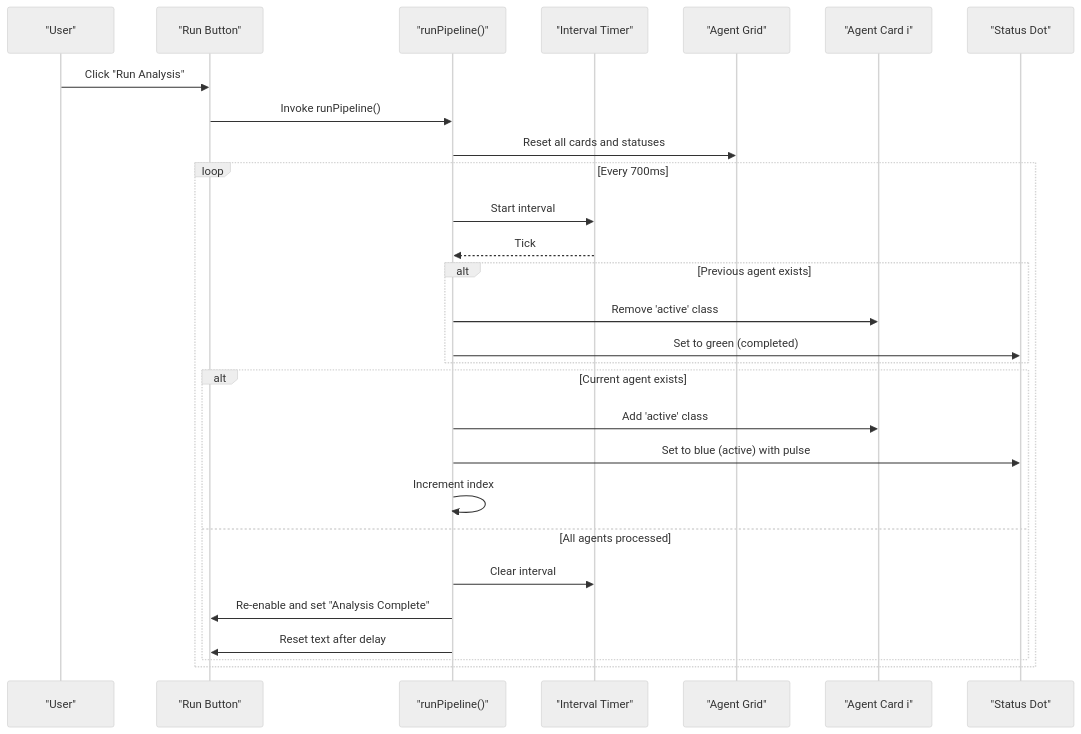
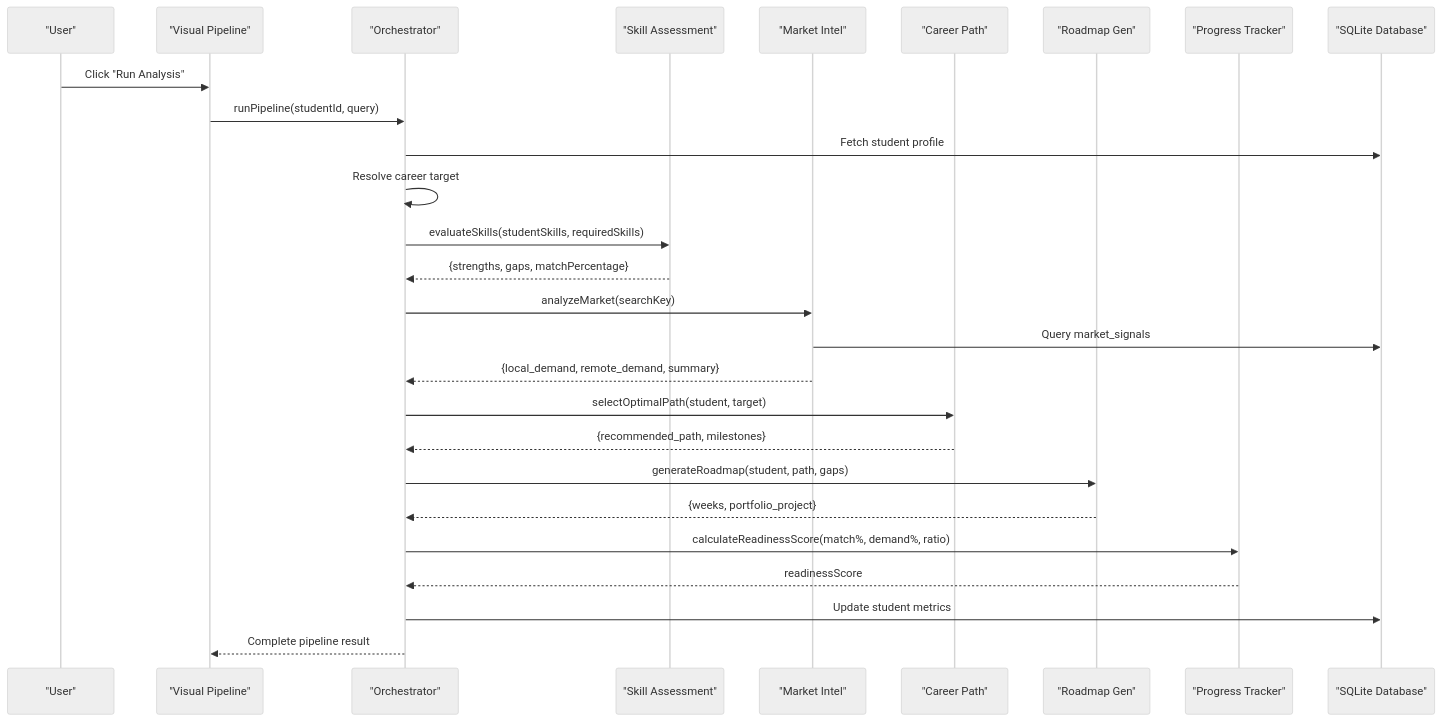
One commit to Alishba-Moin/CareerCompass changed the second of 3 diagrams in .qoder/repowiki/en/content/Core Features/Multi-Agent Pipeline Visualization.md. Above: the diagram before and after it, drawn with Mermaid (neutral theme). The commit also changed other lines of this file and 38 other files, not shown here.

Commit message:
Add Roadmap pdf download option

````diff
--- a/.qoder/repowiki/en/content/Core Features/Multi-Agent Pipeline Visualization.md
+++ b/.qoder/repowiki/en/content/Core Features/Multi-Agent Pipeline Visualization.md
@@ -68,30 +93,29 @@
 ```mermaid
 sequenceDiagram
 participant U as "User"
-participant B as "Run Button"
-participant P as "runPipeline()"
-participant I as "Interval Timer"
-participant G as "Agent Grid"
-participant C as "Agent Card i"
-participant S as "Status Dot"
-U->>B : Click "Run Analysis"
-B->>P : Invoke runPipeline()
-P->>G : Reset all cards and statuses
-loop Every 700ms
-P->>I : Start interval
-I-->>P : Tick
-alt Previous agent exists
-P->>C : Remove 'active' class
-P->>S : Set to green (completed)
-end
-alt Current agent exists
-P->>C : Add 'active' class
-P->>S : Set to blue (active) with pulse
-P->>P : Increment index
-else All agents processed
-P->>I : Clear interval
-P->>B : Re-enable and set "Analysis Complete"
-P->>B : Reset text after delay
-end
-end
+participant V as "Visual Pipeline"
+participant O as "Orchestrator"
+participant S as "Skill Assessment"
+participant M as "Market Intel"
+participant P as "Career Path"
+participant R as "Roadmap Gen"
+participant T as "Progress Tracker"
+participant DB as "SQLite Database"
+U->>V : Click "Run Analysis"
+V->>O : runPipeline(studentId, query)
+O->>DB : Fetch student profile
+O->>O : Resolve career target
+O->>S : evaluateSkills(studentSkills, requiredSkills)
+S-->>O : {strengths, gaps, matchPercentage}
+O->>M : analyzeMarket(searchKey)
+M->>DB : Query market_signals
+M-->>O : {local_demand, remote_demand, summary}
+O->>P : selectOptimalPath(student, target)
+P-->>O : {recommended_path, milestones}
+O->>R : generateRoadmap(student, path, gaps)
+R-->>O : {weeks, portfolio_project}
+O->>T : calculateReadinessScore(match%, demand%, ratio)
+T-->>O : readinessScore
+O->>DB : Update student metrics
+O-->>V : Complete pipeline result
 ```
````
